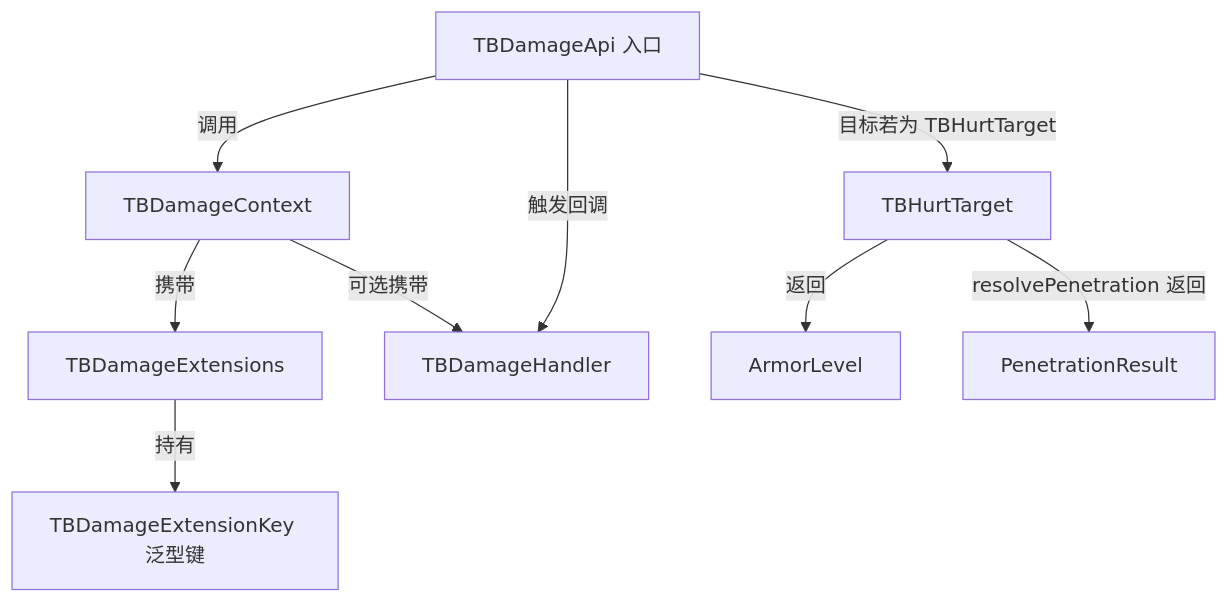
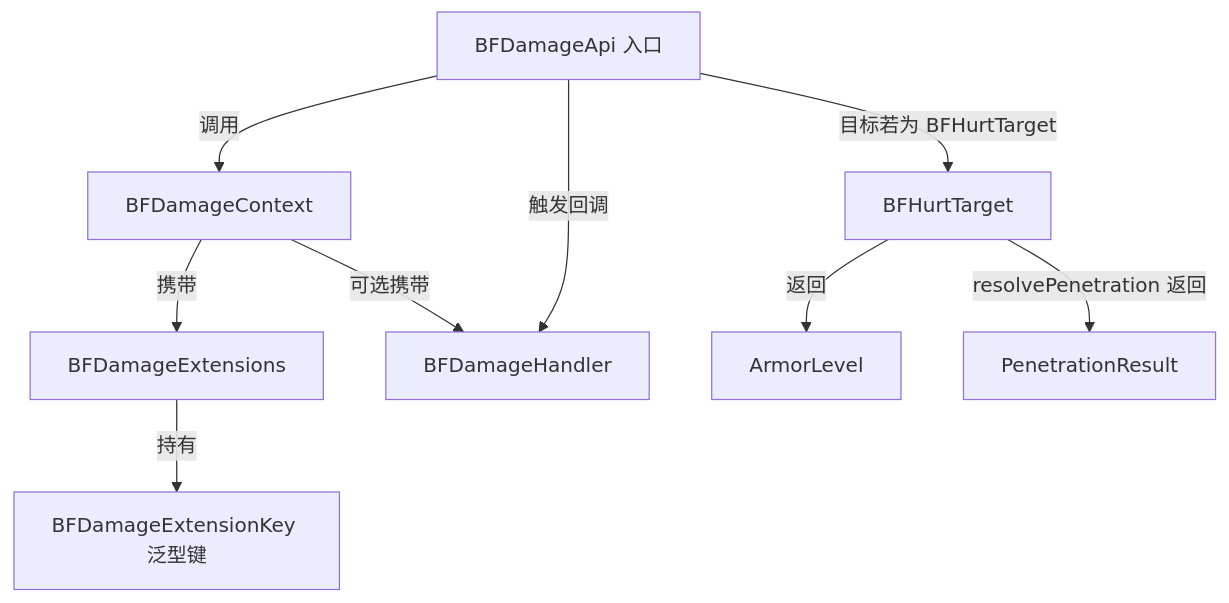
One commit to Sweetzonzi/BallisticsFramework changed the diagram in docs/wiki/1-快速上手/1.5-核心API速览.md. Above: the diagram before and after it, drawn with Mermaid. The commit also changed other lines of this file and 51 other files, not shown here.

````diff
--- a/docs/wiki/1-快速上手/1.5-核心API速览.md
+++ b/docs/wiki/1-快速上手/1.5-核心API速览.md
@@ -121,11 +121,11 @@
 ```mermaid
 graph TD
-    A[TBDamageApi 入口] -->|调用| B[TBDamageContext]
-    B -->|携带| C[TBDamageExtensions]
-    B -->|可选携带| D[TBDamageHandler]
-    C -->|持有| E[TBDamageExtensionKey 泛型键]
-    A -->|目标若为 TBHurtTarget| F[TBHurtTarget]
+    A[BFDamageApi 入口] -->|调用| B[BFDamageContext]
+    B -->|携带| C[BFDamageExtensions]
+    B -->|可选携带| D[BFDamageHandler]
+    C -->|持有| E[BFDamageExtensionKey 泛型键]
+    A -->|目标若为 BFHurtTarget| F[BFHurtTarget]
     F -->|返回| G[ArmorLevel]
     F -->|resolvePenetration 返回| H[PenetrationResult]
     A -->|触发回调| D
 ```
````
